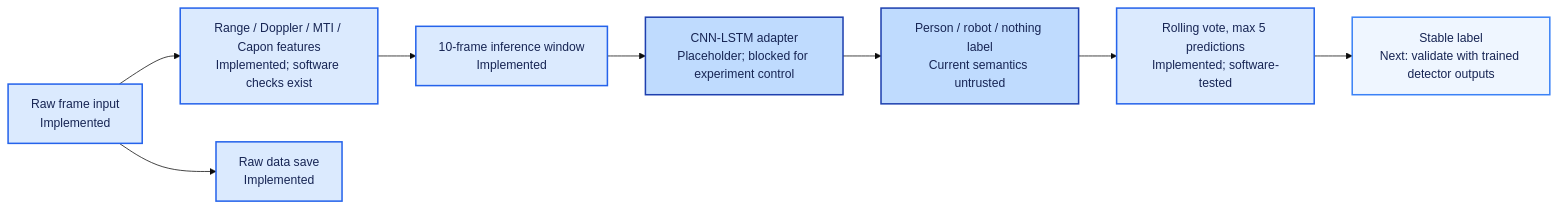
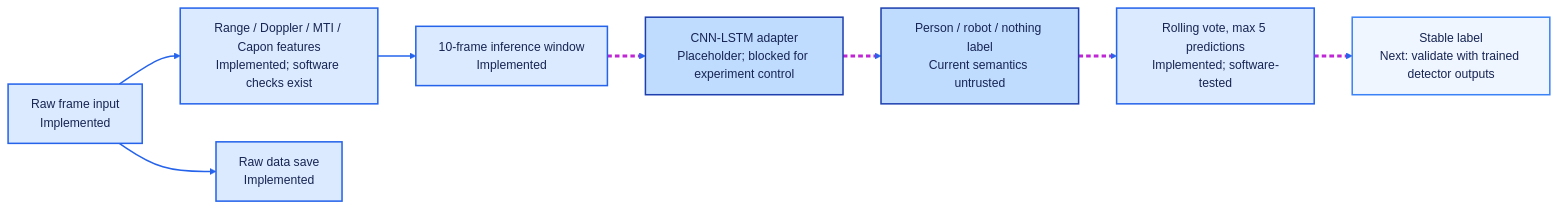
One commit to kirolossedra/RIS-Robotics changed the fifth of 21 diagrams in docs/architecture/system/progress.md. Above: the diagram before and after it, drawn with Mermaid (base theme). The commit also changed other lines of this file, not shown here.

````diff
--- a/docs/architecture/system/progress.md
+++ b/docs/architecture/system/progress.md
@@ -91,17 +116,19 @@
 ```mermaid
 flowchart LR
     FRAME["Raw frame input<br/>Implemented"] --> MAP["Range / Doppler / MTI / Capon features<br/>Implemented; software checks exist"]
     MAP --> WINDOW["10-frame inference window<br/>Implemented"]
     WINDOW --> MODEL["CNN-LSTM adapter<br/>Placeholder; blocked for experiment control"]
     MODEL --> LABEL["Person / robot / nothing label<br/>Current semantics untrusted"]
     LABEL --> VOTE["Rolling vote, max 5 predictions<br/>Implemented; software-tested"]
     VOTE --> STABLE["Stable label<br/>Next: validate with trained detector outputs"]
     FRAME --> SAVE["Raw data save<br/>Implemented"]
 
     classDef done fill:#dbeafe,stroke:#2563eb,color:#172554,stroke-width:2px;
     classDef blocked fill:#bfdbfe,stroke:#1e40af,color:#172554,stroke-width:2px;
     classDef next fill:#eff6ff,stroke:#3b82f6,color:#172554,stroke-width:2px;
     class FRAME,MAP,WINDOW,VOTE,SAVE done;
     class MODEL,LABEL blocked;
     class STABLE next;
+    linkStyle default stroke:#2563eb,stroke-width:2px;
+    linkStyle 2,3,4,5 stroke:#c026d3,stroke-width:4px,stroke-dasharray:6 4;
 ```
````
